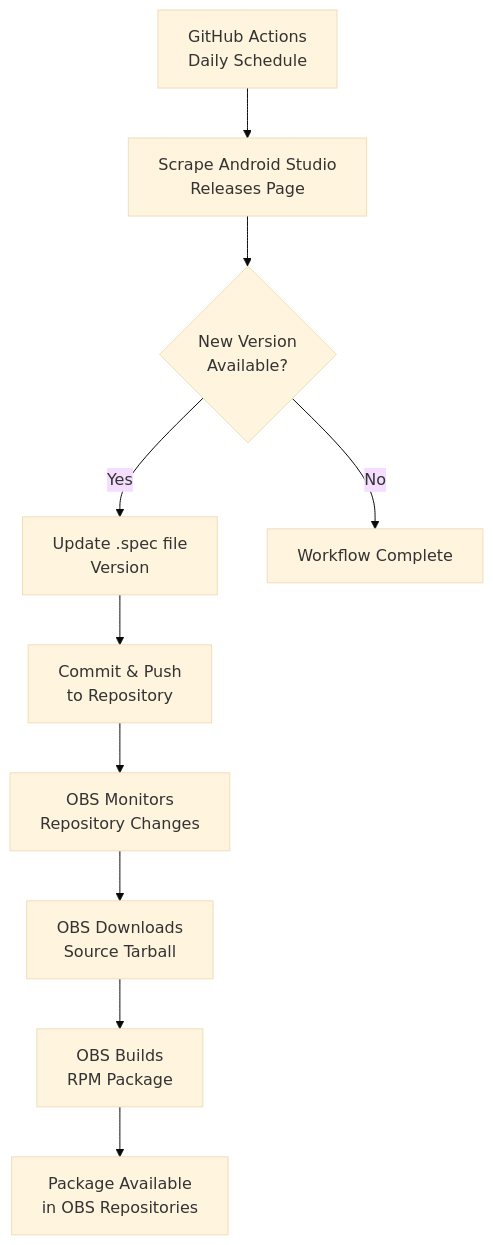
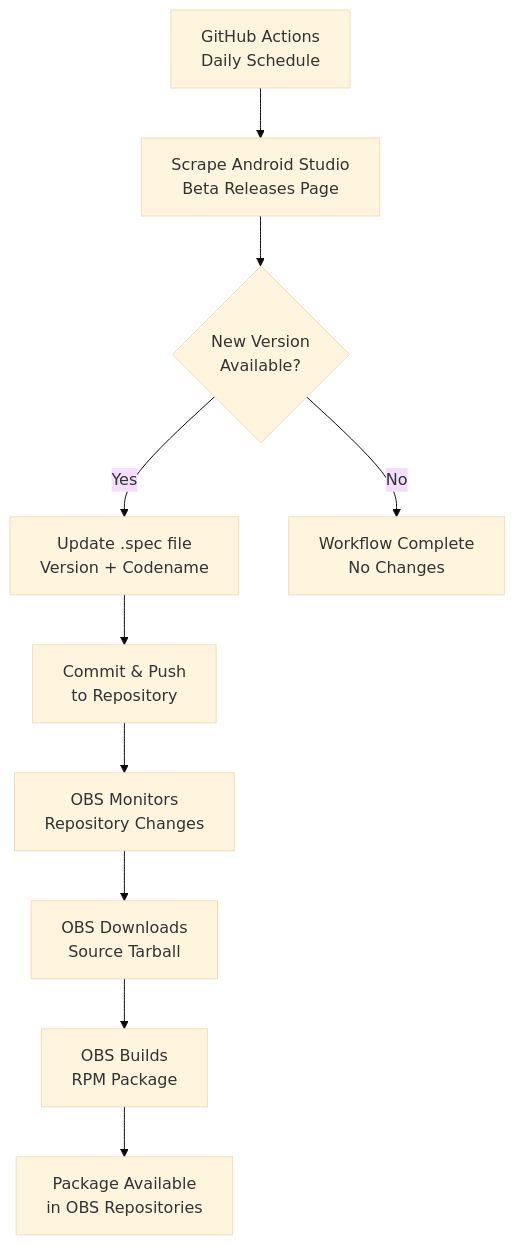
Before and after one commit to itachi-re/android-studio-obs: the diagram in README.md, drawn with Mermaid (base theme). The commit also changed other lines of this file, not shown here.

First line of the commit message:
Revise README for Android Studio Beta packaging

````diff
--- a/README.md
+++ b/README.md
@@ -21,12 +27,12 @@
 ```mermaid
 graph TB
-    A[GitHub Actions<br>Daily Schedule] --> B[Scrape Android Studio<br>Releases Page]
+    A[GitHub Actions<br>Daily Schedule] --> B[Scrape Android Studio<br>Beta Releases Page]
     B --> C{New Version<br>Available?}
-    C -->|Yes| D[Update .spec file<br>Version]
+    C -->|Yes| D[Update .spec file<br>Version + Codename]
     D --> E[Commit & Push<br>to Repository]
     E --> F[OBS Monitors<br>Repository Changes]
     F --> G[OBS Downloads<br>Source Tarball]
     G --> H[OBS Builds<br>RPM Package]
     H --> I[Package Available<br>in OBS Repositories]
-    C -->|No| J[Workflow Complete]
+    C -->|No| J[Workflow Complete<br>No Changes]
 ```
````
